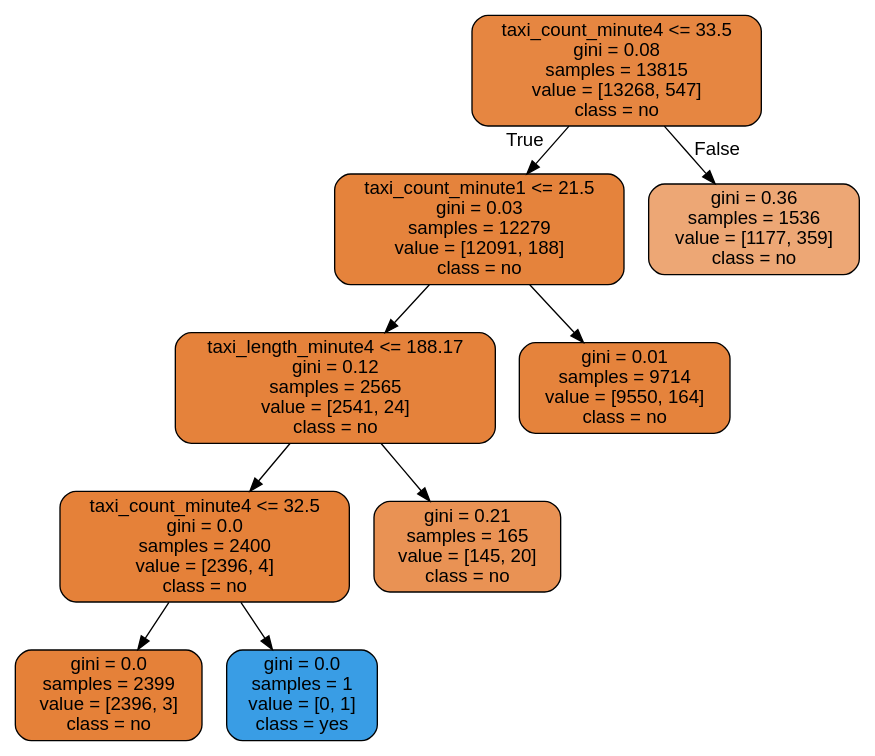
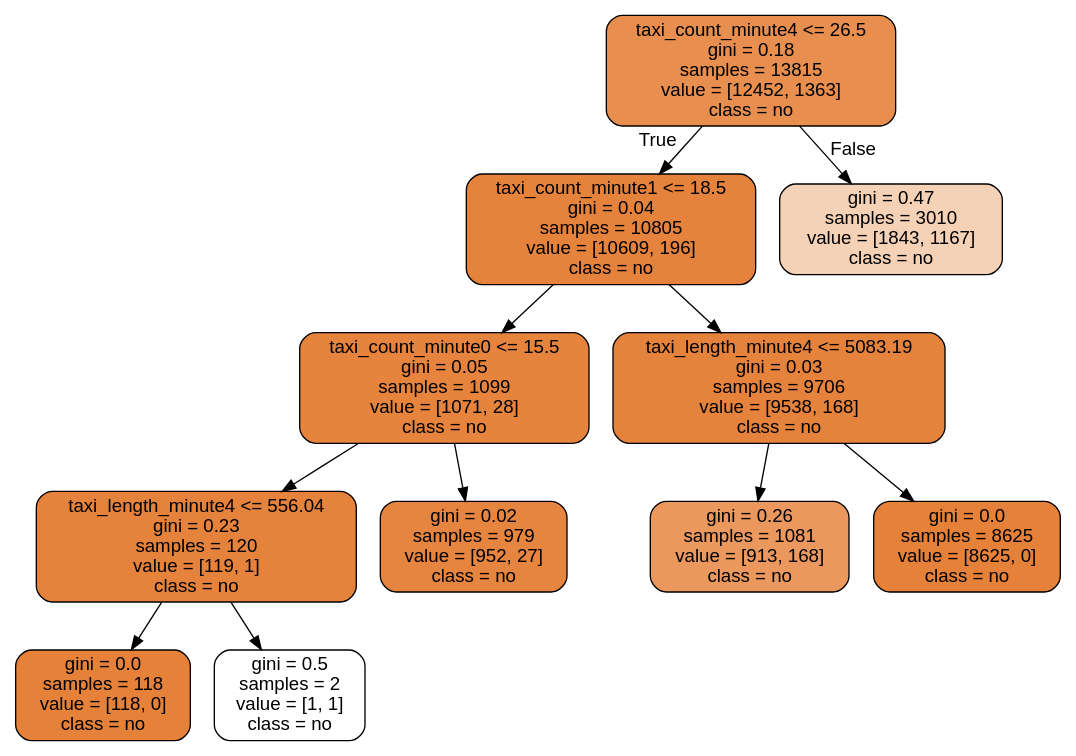
The diagram in t1_heavy_congestion.dot (DungDinhDungDinh/capstone_project), drawn with Graphviz before and after one commit. The commit also changed 8 other files, not shown here.

```diff
--- a/t1_heavy_congestion.dot
+++ b/t1_heavy_congestion.dot
@@ -1,21 +1,25 @@
 digraph Tree {
 node [shape=box, style="filled, rounded", color="black", fontname="helvetica"] ;
 edge [fontname="helvetica"] ;
-0 [label="taxi_count_minute4 <= 33.5\ngini = 0.08\nsamples = 13815\nvalue = [13268, 547]\nclass = no", fillcolor="#e68641"] ;
-1 [label="taxi_count_minute1 <= 21.5\ngini = 0.03\nsamples = 12279\nvalue = [12091, 188]\nclass = no", fillcolor="#e5833c"] ;
+0 [label="taxi_count_minute4 <= 26.5\ngini = 0.18\nsamples = 13815\nvalue = [12452, 1363]\nclass = no", fillcolor="#e88f4f"] ;
+1 [label="taxi_count_minute1 <= 18.5\ngini = 0.04\nsamples = 10805\nvalue = [10609, 196]\nclass = no", fillcolor="#e5833d"] ;
 0 -> 1 [labeldistance=2.5, labelangle=45, headlabel="True"] ;
-2 [label="taxi_length_minute4 <= 188.17\ngini = 0.12\nsamples = 2565\nvalue = [2541, 24]\nclass = no", fillcolor="#e5823b"] ;
+2 [label="taxi_count_minute0 <= 15.5\ngini = 0.05\nsamples = 1099\nvalue = [1071, 28]\nclass = no", fillcolor="#e6843e"] ;
 1 -> 2 ;
-3 [label="taxi_count_minute4 <= 32.5\ngini = 0.0\nsamples = 2400\nvalue = [2396, 4]\nclass = no", fillcolor="#e58139"] ;
+3 [label="taxi_length_minute4 <= 556.04\ngini = 0.23\nsamples = 120\nvalue = [119, 1]\nclass = no", fillcolor="#e5823b"] ;
 2 -> 3 ;
-4 [label="gini = 0.0\nsamples = 2399\nvalue = [2396, 3]\nclass = no", fillcolor="#e58139"] ;
+4 [label="gini = 0.0\nsamples = 118\nvalue = [118, 0]\nclass = no", fillcolor="#e58139"] ;
 3 -> 4 ;
-5 [label="gini = 0.0\nsamples = 1\nvalue = [0, 1]\nclass = yes", fillcolor="#399de5"] ;
+5 [label="gini = 0.5\nsamples = 2\nvalue = [1, 1]\nclass = no", fillcolor="#ffffff"] ;
 3 -> 5 ;
-6 [label="gini = 0.21\nsamples = 165\nvalue = [145, 20]\nclass = no", fillcolor="#e99254"] ;
+6 [label="gini = 0.02\nsamples = 979\nvalue = [952, 27]\nclass = no", fillcolor="#e6853f"] ;
 2 -> 6 ;
-7 [label="gini = 0.01\nsamples = 9714\nvalue = [9550, 164]\nclass = no", fillcolor="#e5833c"] ;
+7 [label="taxi_length_minute4 <= 5083.19\ngini = 0.03\nsamples = 9706\nvalue = [9538, 168]\nclass = no", fillcolor="#e5833c"] ;
 1 -> 7 ;
-8 [label="gini = 0.36\nsamples = 1536\nvalue = [1177, 359]\nclass = no", fillcolor="#eda775"] ;
-0 -> 8 [labeldistance=2.5, labelangle=-45, headlabel="False"] ;
+8 [label="gini = 0.26\nsamples = 1081\nvalue = [913, 168]\nclass = no", fillcolor="#ea985d"] ;
+7 -> 8 ;
+9 [label="gini = 0.0\nsamples = 8625\nvalue = [8625, 0]\nclass = no", fillcolor="#e58139"] ;
+7 -> 9 ;
+10 [label="gini = 0.47\nsamples = 3010\nvalue = [1843, 1167]\nclass = no", fillcolor="#f5d1b6"] ;
+0 -> 10 [labeldistance=2.5, labelangle=-45, headlabel="False"] ;
 }
```
